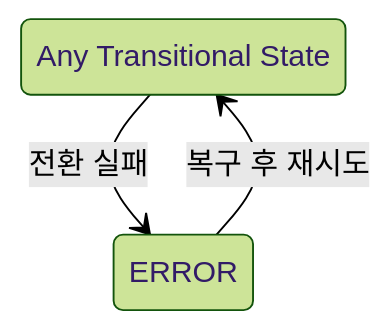
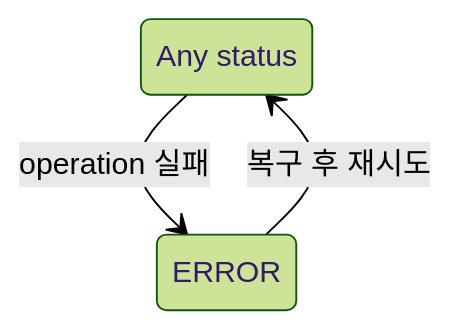
One commit to cagojeiger/code-hub changed the fourth of 6 diagrams in docs/spec_v2/states.md. Above: the diagram before and after it, drawn with Mermaid (forest theme). The commit also changed other lines of this file and 4 other files, not shown here.

First line of the commit message:
docs(adr): add ADR-009 for status + operation separation

````diff
--- a/docs/spec_v2/states.md
+++ b/docs/spec_v2/states.md
@@ -107,9 +152,9 @@
 ```mermaid
 stateDiagram-v2
     direction TB
 
-    state "Any Transitional State" as any
+    state "Any status" as any
 
-    any --> ERROR: 전환 실패
+    any --> ERROR: operation 실패
     ERROR --> any: 복구 후 재시도
 ```
````
